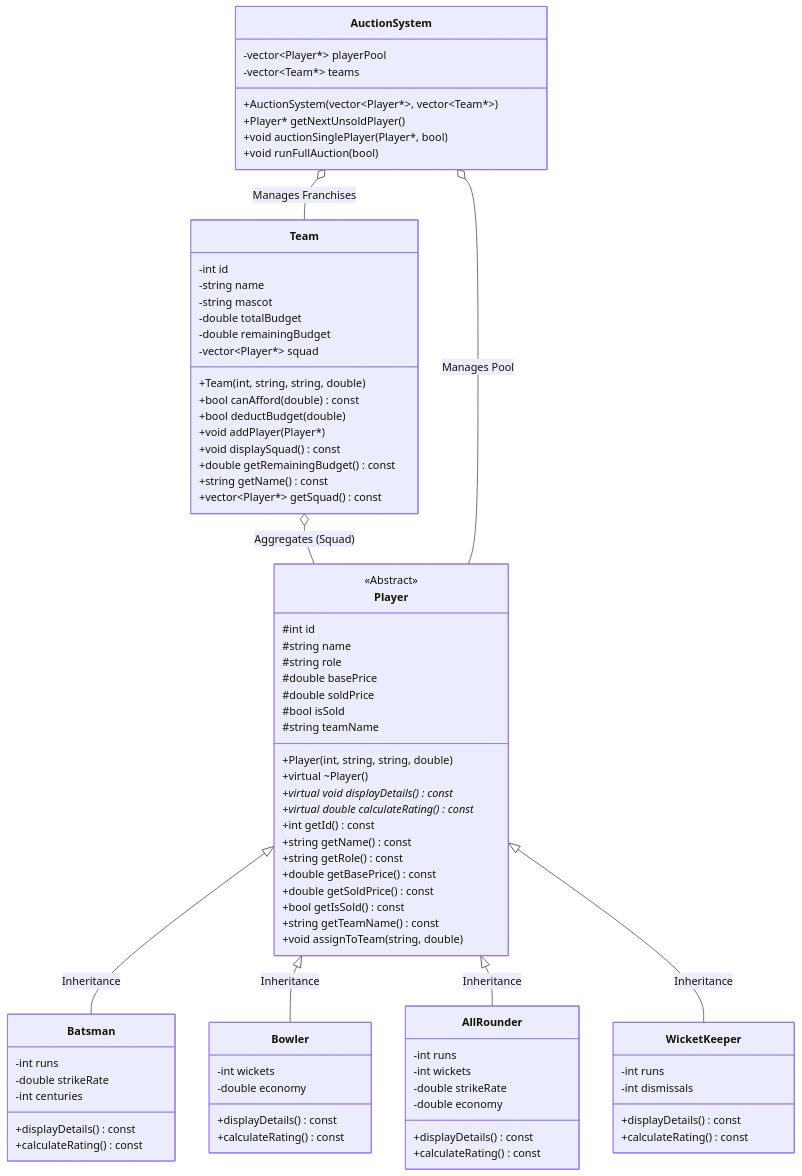
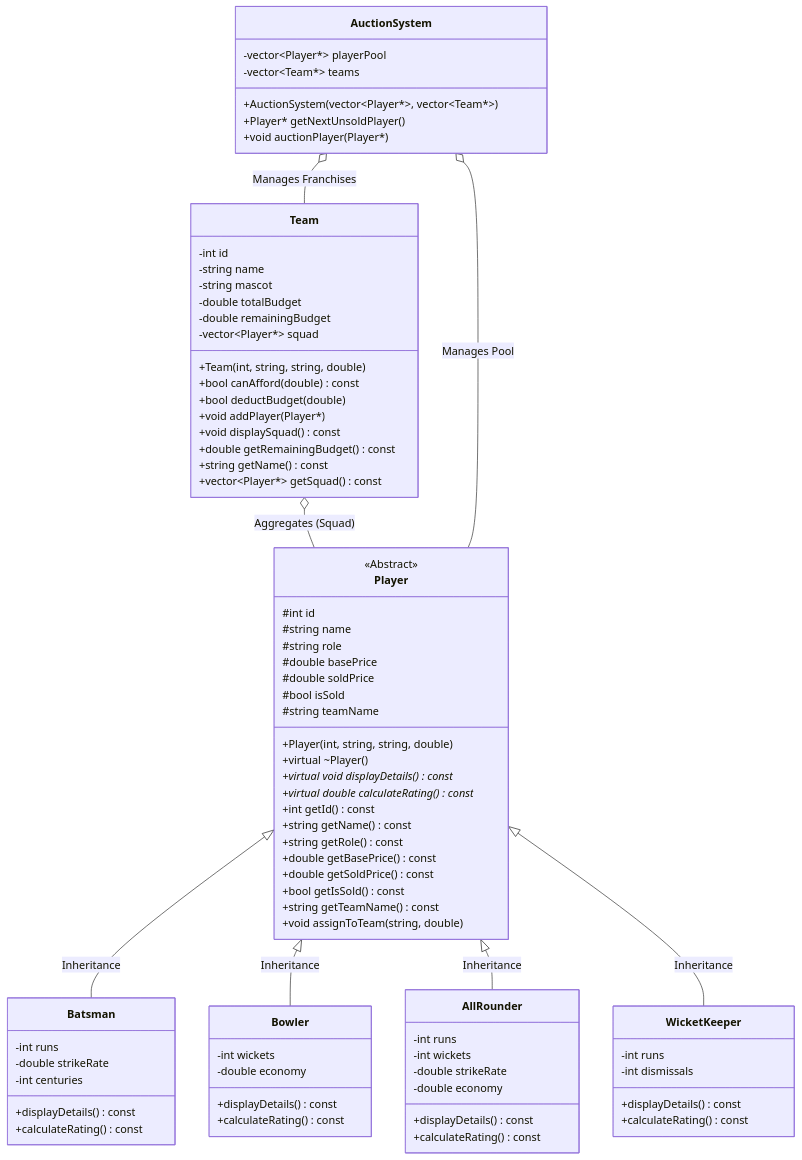
The second of 3 diagrams in README.md (sumitmule86-netizen/IOOP-project), drawn with Mermaid before and after one commit. The commit also changed other lines of this file and 1 other file, not shown here.

Commit message:
Remove automated auction bot logic; simplify AuctionSystem to pure interactive bidding

```diff
--- a/README.md
+++ b/README.md
@@ -179,8 +177,7 @@
         -vector~Team*~ teams
         +AuctionSystem(vector~Player*~, vector~Team*~)
         +Player* getNextUnsoldPlayer()
-        +void auctionSinglePlayer(Player*, bool)
-        +void runFullAuction(bool)
+        +void auctionPlayer(Player*)
     }
 
     AuctionSystem o-- Player : Manages Pool
```
